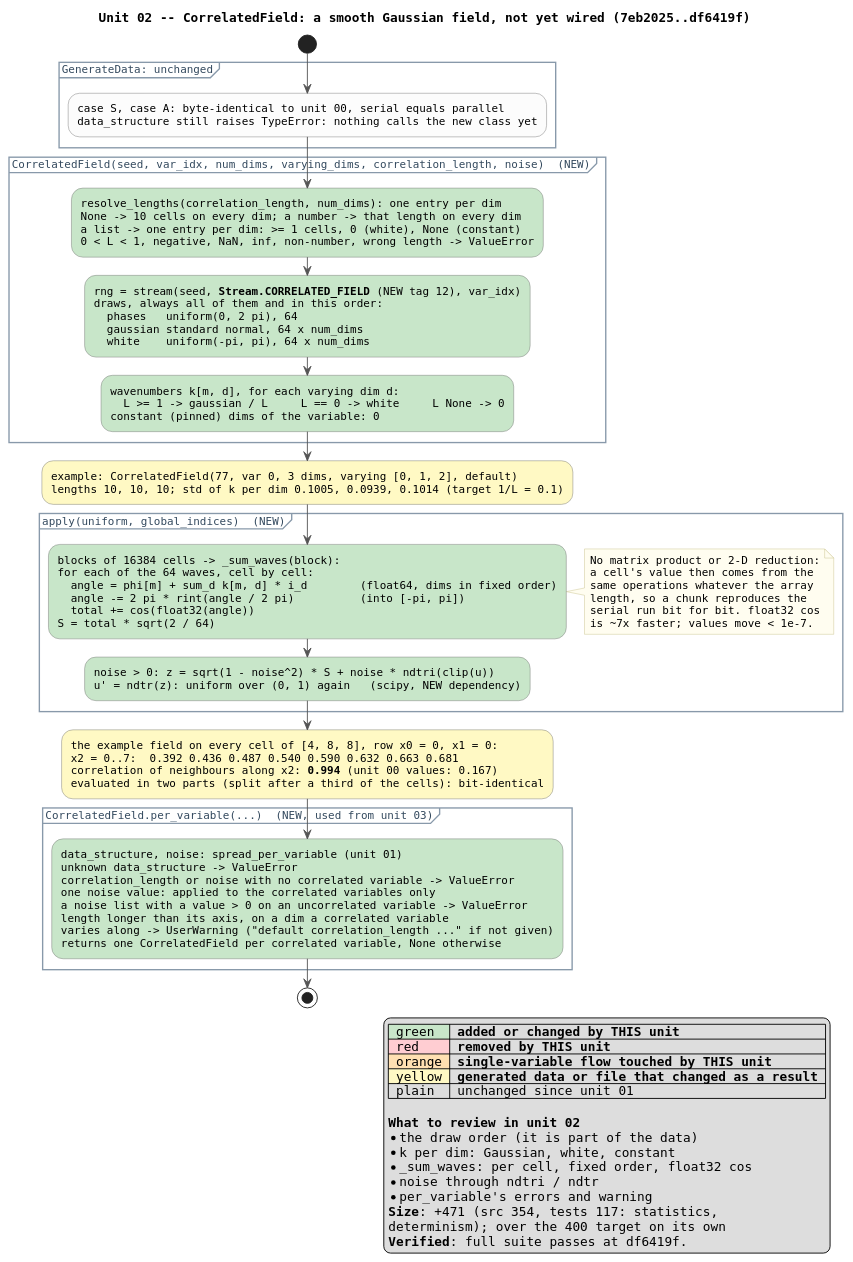
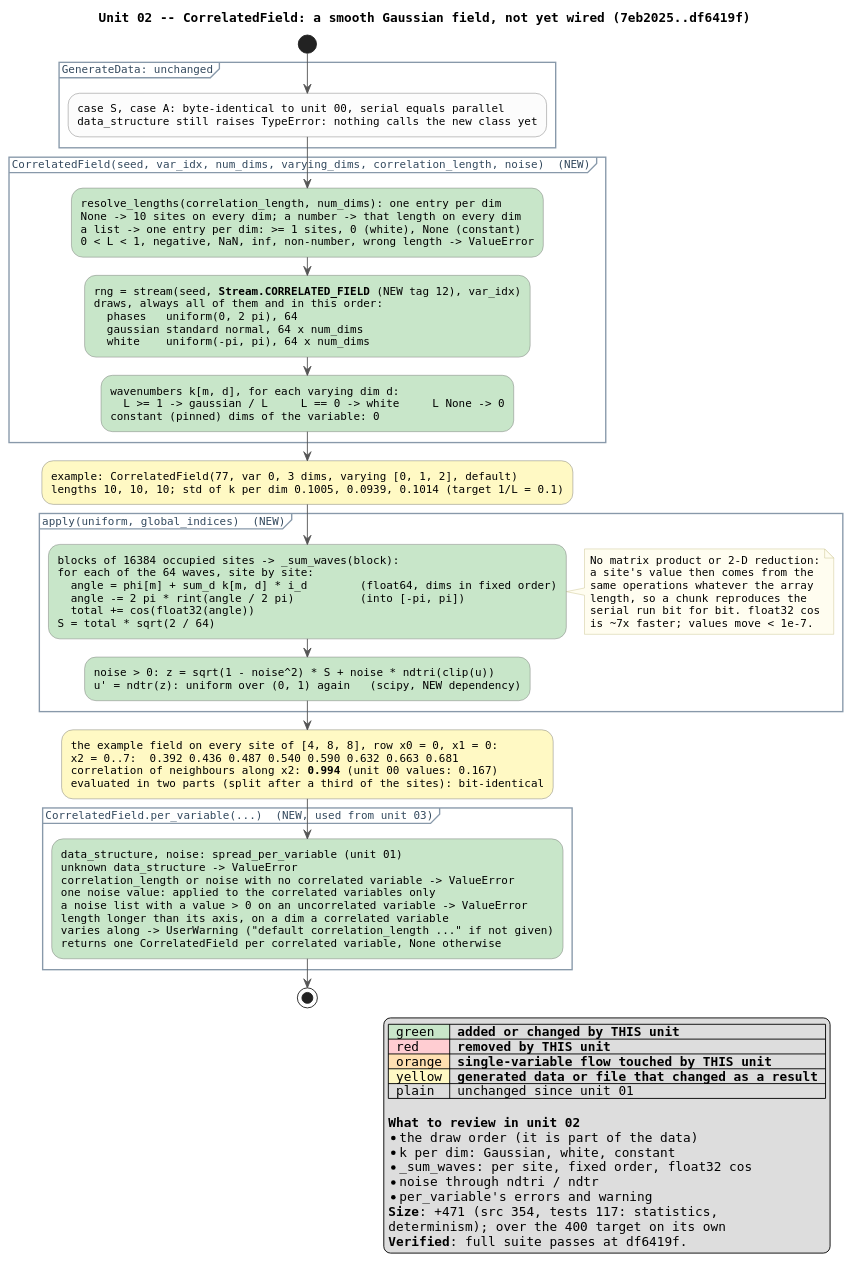
One commit to boom-lab/tabray changed the diagram in docs/review_correlated_02_field.puml. Above: the diagram before and after it, drawn with PlantUML. The commit also changed 11 other files, not shown here.

```diff
--- a/docs/review_correlated_02_field.puml
+++ b/docs/review_correlated_02_field.puml
@@ -1,108 +1,108 @@
 @startuml review_correlated_02_field
 ' Review unit 02 of 04 -- see docs/review_correlated.md for the series.
 ' State AFTER commit df6419f (src +354, tests +117).
 ' Every number below is from a run of the cases at commit df6419f.
 ' Render: plantuml -tsvg docs/review_correlated_02_field.puml
 
 title Unit 02 -- CorrelatedField: a smooth Gaussian field, not yet wired (7eb2025..df6419f)
 
 skinparam shadowing false
 skinparam defaultFontName Monospaced
 skinparam defaultFontSize 12
 skinparam ArrowColor #555555
 skinparam activity {
   BackgroundColor #FCFCFC
   BorderColor #777777
   DiamondBackgroundColor #F2F2F2
   DiamondBorderColor #777777
 }
 skinparam partition {
   BorderColor #8899AA
   FontColor #33495E
 }
 skinparam note {
   BackgroundColor #FFFDF0
   BorderColor #C8C08A
 }
 
 start
 
 partition "GenerateData: unchanged" {
   :case S, case A: byte-identical to unit 00, serial equals parallel
   data_structure still raises TypeError: nothing calls the new class yet;
 }
 
 partition "CorrelatedField(seed, var_idx, num_dims, varying_dims, correlation_length, noise)  (NEW)" {
   #C8E6C9:resolve_lengths(correlation_length, num_dims): one entry per dim
-  None -> 10 cells on every dim; a number -> that length on every dim
-  a list -> one entry per dim: >= 1 cells, 0 (white), None (constant)
+  None -> 10 sites on every dim; a number -> that length on every dim
+  a list -> one entry per dim: >= 1 sites, 0 (white), None (constant)
   0 < L < 1, negative, NaN, inf, non-number, wrong length -> ValueError;
   #C8E6C9:rng = stream(seed, <b>Stream.CORRELATED_FIELD</b> (NEW tag 12), var_idx)
   draws, always all of them and in this order:
     phases   uniform(0, 2 pi), 64
     gaussian standard normal, 64 x num_dims
     white    uniform(-pi, pi), 64 x num_dims;
   #C8E6C9:wavenumbers k[m, d], for each varying dim d:
     L >= 1 -> gaussian / L     L == 0 -> white     L None -> 0
   constant (pinned) dims of the variable: 0;
 }
 
 #FFF9C4:example: CorrelatedField(77, var 0, 3 dims, varying [0, 1, 2], default)
 lengths 10, 10, 10; std of k per dim 0.1005, 0.0939, 0.1014 (target 1/L = 0.1);
 
 partition "apply(uniform, global_indices)  (NEW)" {
-  #C8E6C9:blocks of 16384 cells -> _sum_waves(block):
-  for each of the 64 waves, cell by cell:
+  #C8E6C9:blocks of 16384 occupied sites -> _sum_waves(block):
+  for each of the 64 waves, site by site:
     angle = phi[m] + sum_d k[m, d] * i_d        (float64, dims in fixed order)
     angle -= 2 pi * rint(angle / 2 pi)          (into [-pi, pi])
     total += cos(float32(angle))
   S = total * sqrt(2 / 64);
   note right
     No matrix product or 2-D reduction:
-    a cell's value then comes from the
+    a site's value then comes from the
     same operations whatever the array
     length, so a chunk reproduces the
     serial run bit for bit. float32 cos
     is ~7x faster; values move < 1e-7.
   end note
   #C8E6C9:noise > 0: z = sqrt(1 - noise^2) * S + noise * ndtri(clip(u))
   u' = ndtr(z): uniform over (0, 1) again   (scipy, NEW dependency);
 }
 
-#FFF9C4:the example field on every cell of [4, 8, 8], row x0 = 0, x1 = 0:
+#FFF9C4:the example field on every site of [4, 8, 8], row x0 = 0, x1 = 0:
 x2 = 0..7:  0.392 0.436 0.487 0.540 0.590 0.632 0.663 0.681
 correlation of neighbours along x2: <b>0.994</b> (unit 00 values: 0.167)
-evaluated in two parts (split after a third of the cells): bit-identical;
+evaluated in two parts (split after a third of the sites): bit-identical;
 
 partition "CorrelatedField.per_variable(...)  (NEW, used from unit 03)" {
   #C8E6C9:data_structure, noise: spread_per_variable (unit 01)
   unknown data_structure -> ValueError
   correlation_length or noise with no correlated variable -> ValueError
   one noise value: applied to the correlated variables only
   a noise list with a value > 0 on an uncorrelated variable -> ValueError
   length longer than its axis, on a dim a correlated variable
   varies along -> UserWarning ("default correlation_length ..." if not given)
   returns one CorrelatedField per correlated variable, None otherwise;
 }
 
 stop
 
 legend right
   |<#C8E6C9> green |= added or changed by THIS unit |
   |<#FFCDD2> red |= removed by THIS unit |
   |<#FFE0B2> orange |= single-variable flow touched by THIS unit |
   |<#FFF9C4> yellow |= generated data or file that changed as a result |
   | plain | unchanged since unit 01 |
 
   <b>What to review in unit 02</b>
   * the draw order (it is part of the data)
   * k per dim: Gaussian, white, constant
-  * _sum_waves: per cell, fixed order, float32 cos
+  * _sum_waves: per site, fixed order, float32 cos
   * noise through ndtri / ndtr
   * per_variable's errors and warning
   <b>Size</b>: +471 (src 354, tests 117: statistics,
   determinism); over the 400 target on its own
   <b>Verified</b>: full suite passes at df6419f.
 end legend
 
 @enduml
```
